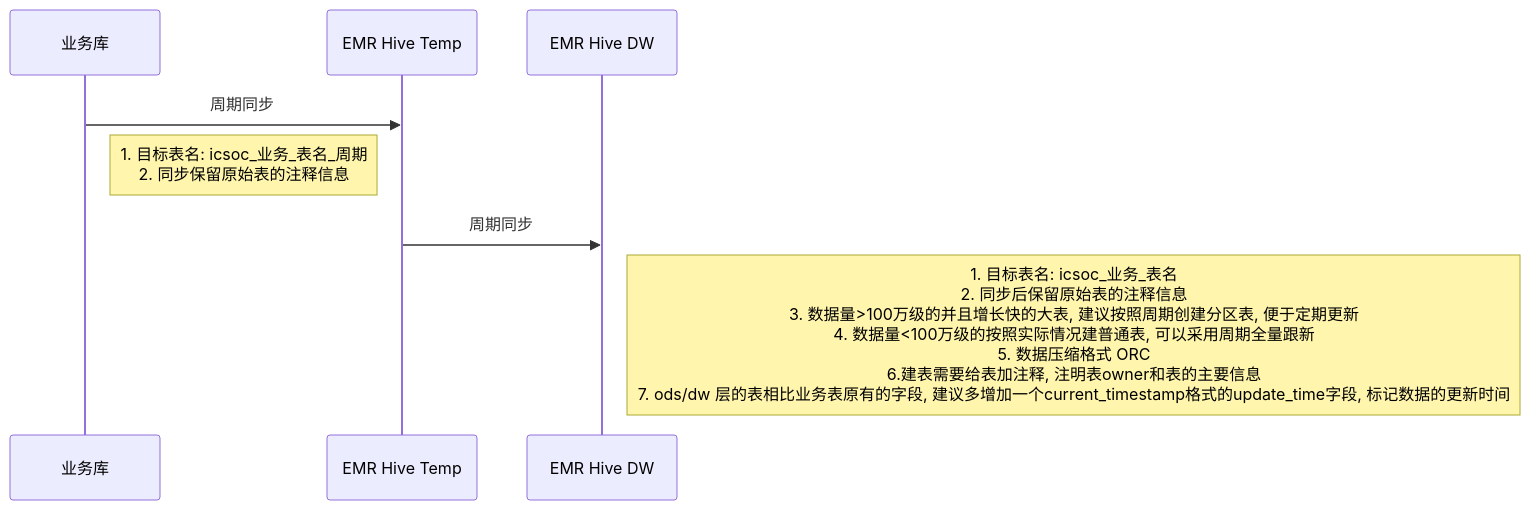
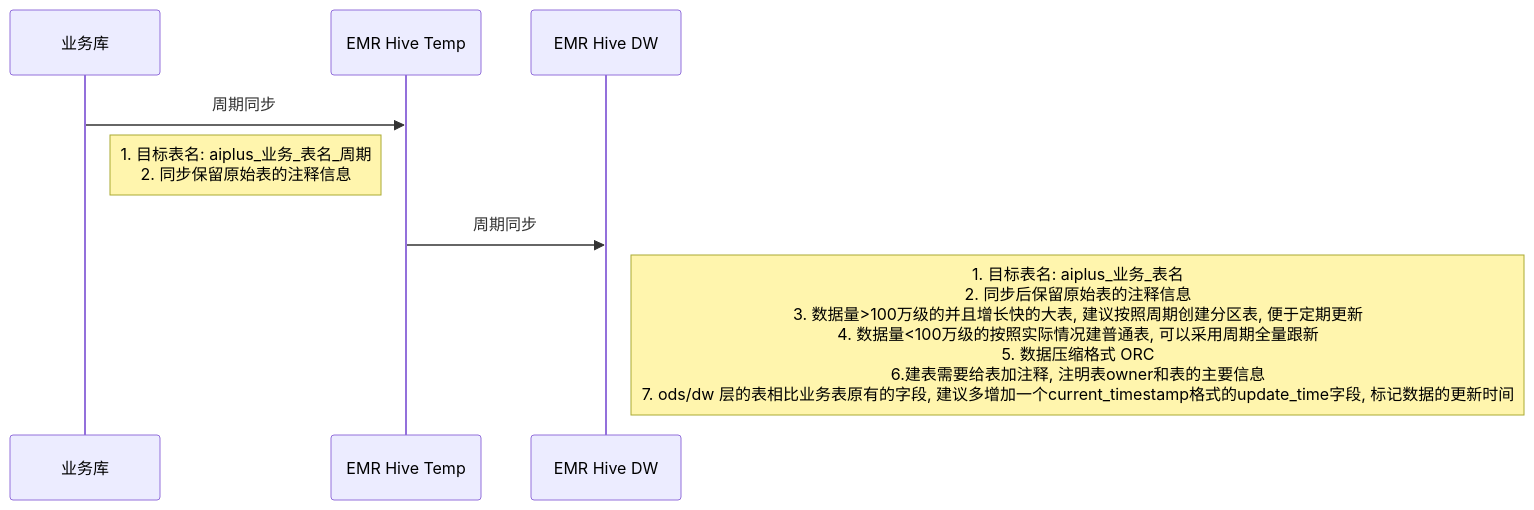
One commit to vickyi/devNotes changed the fourth of 4 diagrams in 2018-09-30#mermaid_demo.md. Above: the diagram before and after it, drawn with Mermaid. The commit also changed other lines of this file and 7 other files, not shown here.

````diff
--- a/2018-09-30#mermaid_demo.md
+++ b/2018-09-30#mermaid_demo.md
@@ -49,7 +49,7 @@
 ```mermaid
 sequenceDiagram
 业务库 ->> EMR Hive Temp: 周期同步
-Note left of EMR Hive Temp: 1. 目标表名: icsoc_业务_表名_周期<br>2. 同步保留原始表的注释信息
+Note left of EMR Hive Temp: 1. 目标表名: aiplus_业务_表名_周期<br>2. 同步保留原始表的注释信息
 EMR Hive Temp ->> EMR Hive DW: 周期同步
-Note right of EMR Hive DW: 1. 目标表名: icsoc_业务_表名<br>2. 同步后保留原始表的注释信息<br>3. 数据量>100万级的并且增长快的大表,  建议按照周期创建分区表, 便于定期更新<br>4. 数据量<100万级的按照实际情况建普通表, 可以采用周期全量跟新<br>5. 数据压缩格式 ORC<br>6.建表需要给表加注释, 注明表owner和表的主要信息<br>7. ods/dw 层的表相比业务表原有的字段, 建议多增加一个current_timestamp格式的update_time字段,  标记数据的更新时间
+Note right of EMR Hive DW: 1. 目标表名: aiplus_业务_表名<br>2. 同步后保留原始表的注释信息<br>3. 数据量>100万级的并且增长快的大表,  建议按照周期创建分区表, 便于定期更新<br>4. 数据量<100万级的按照实际情况建普通表, 可以采用周期全量跟新<br>5. 数据压缩格式 ORC<br>6.建表需要给表加注释, 注明表owner和表的主要信息<br>7. ods/dw 层的表相比业务表原有的字段, 建议多增加一个current_timestamp格式的update_time字段,  标记数据的更新时间
 ```
````
